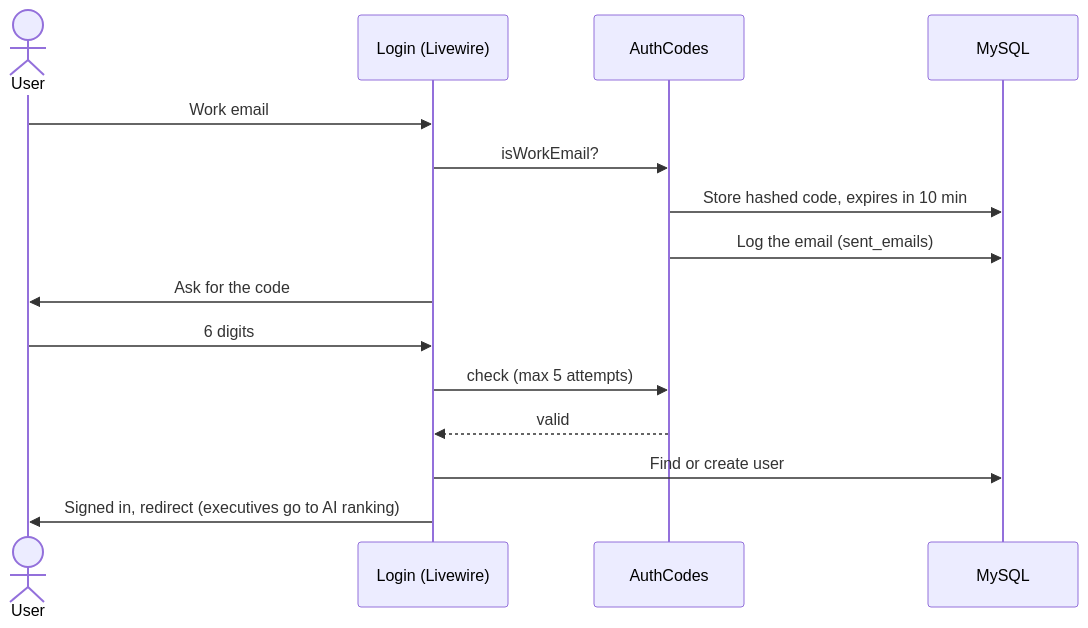
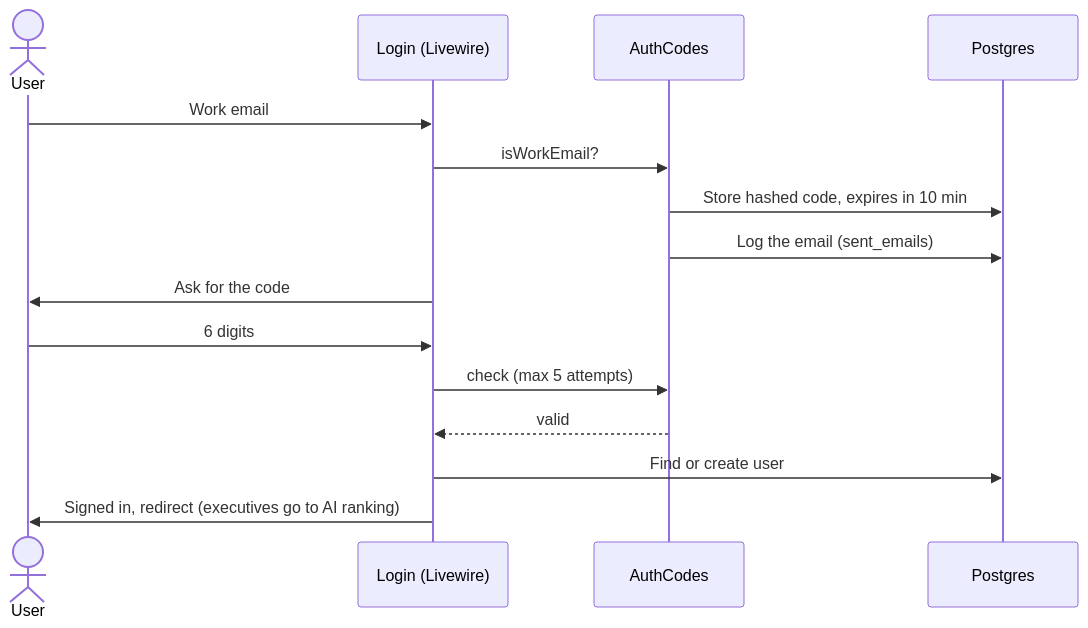
The sixth of 18 diagrams in docs/DOCUMENTATION.md (Nqobileee/zb-idea-manager), drawn with Mermaid before and after one commit. The commit also changed other lines of this file and 9 other files, not shown here.

````diff
--- a/docs/DOCUMENTATION.md
+++ b/docs/DOCUMENTATION.md
@@ -275,17 +275,17 @@
 ```mermaid
 sequenceDiagram
     actor U as User
     participant L as Login (Livewire)
     participant C as AuthCodes
-    participant DB as MySQL
+    participant DB as Postgres
     U->>L: Work email
     L->>C: isWorkEmail?
     C->>DB: Store hashed code, expires in 10 min
     C->>DB: Log the email (sent_emails)
     L->>U: Ask for the code
     U->>L: 6 digits
     L->>C: check (max 5 attempts)
     C-->>L: valid
     L->>DB: Find or create user
     L->>U: Signed in, redirect (executives go to AI ranking)
 ```
````
